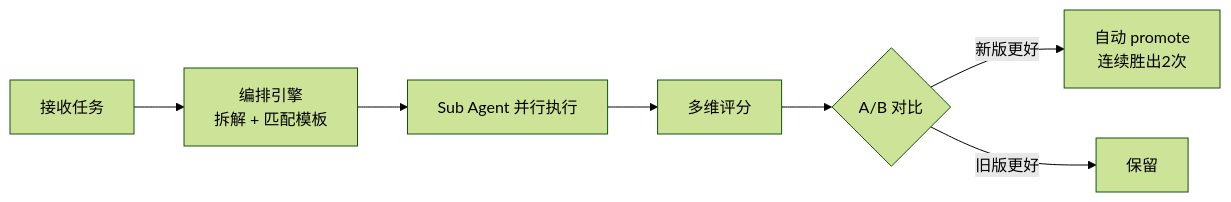
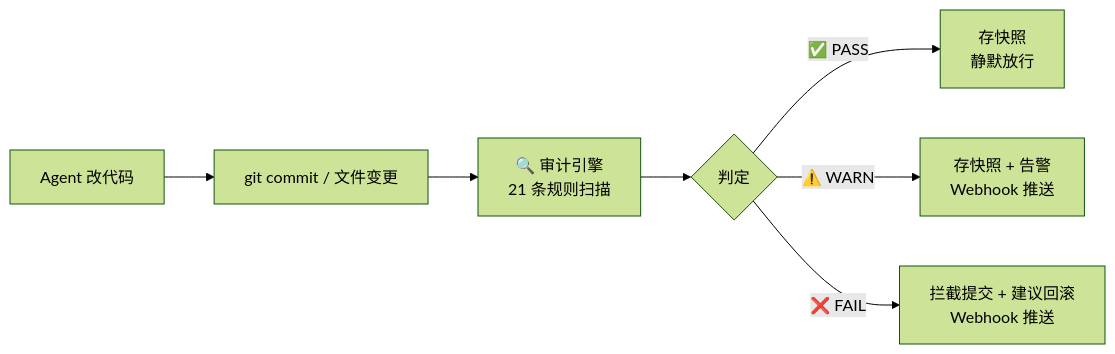
One commit to KongFangXun/sofagent changed the first of 2 diagrams in README.md. Above: the diagram before and after it, drawn with Mermaid (forest theme). The commit also changed other lines of this file and 1 other file, not shown here.

````diff
--- a/README.md
+++ b/README.md
@@ -211,9 +61,9 @@
 ```mermaid
-graph LR
-    A[接收任务] --> B[编排引擎<br/>拆解 + 匹配模板]
-    B --> C[Sub Agent 并行执行]
-    C --> D[多维评分]
-    D --> E{A/B 对比}
-    E -->|新版更好| F[自动 promote<br/>连续胜出2次]
-    E -->|旧版更好| G[保留]
+flowchart LR
+    A[Agent 改代码] --> B[git commit / 文件变更]
+    B --> C[🔍 审计引擎<br/>21 条规则扫描]
+    C --> D{判定}
+    D -->|✅ PASS| E[存快照<br/>静默放行]
+    D -->|⚠️ WARN| F[存快照 + 告警<br/>Webhook 推送]
+    D -->|❌ FAIL| G[拦截提交 + 建议回滚<br/>Webhook 推送]
 ```
````
